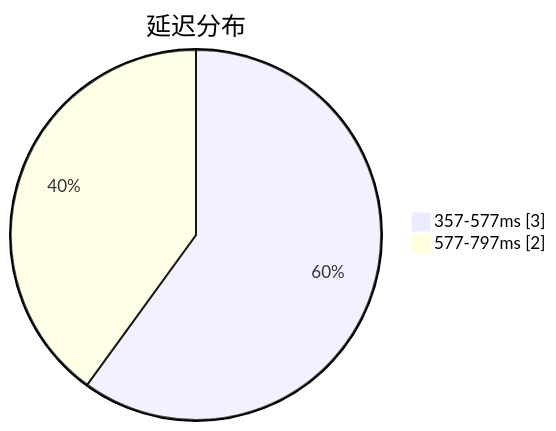
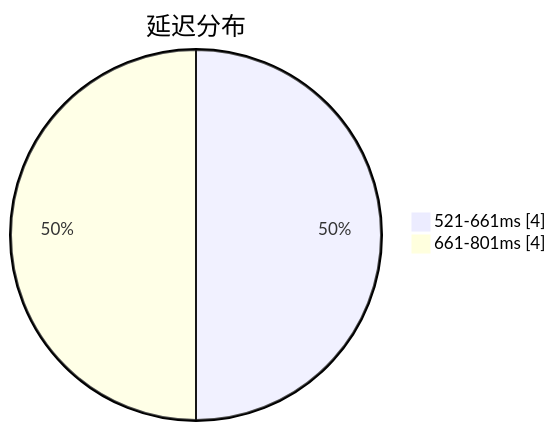
One commit to qjlxg/airport changed the first of 3 diagrams in subs/statistics/tested_within.md. Above: the diagram before and after it, drawn with Mermaid. The commit also changed other lines of this file and 2 other files, not shown here.

Commit message:
Tested by metaST

````diff
--- a/subs/statistics/tested_within.md
+++ b/subs/statistics/tested_within.md
@@ -2,6 +2,6 @@
 ```mermaid
 pie showData
 title 延迟分布
-"357-577ms" : 3
-"577-797ms" : 2
+"521-661ms" : 4
+"661-801ms" : 4
 ```
````
